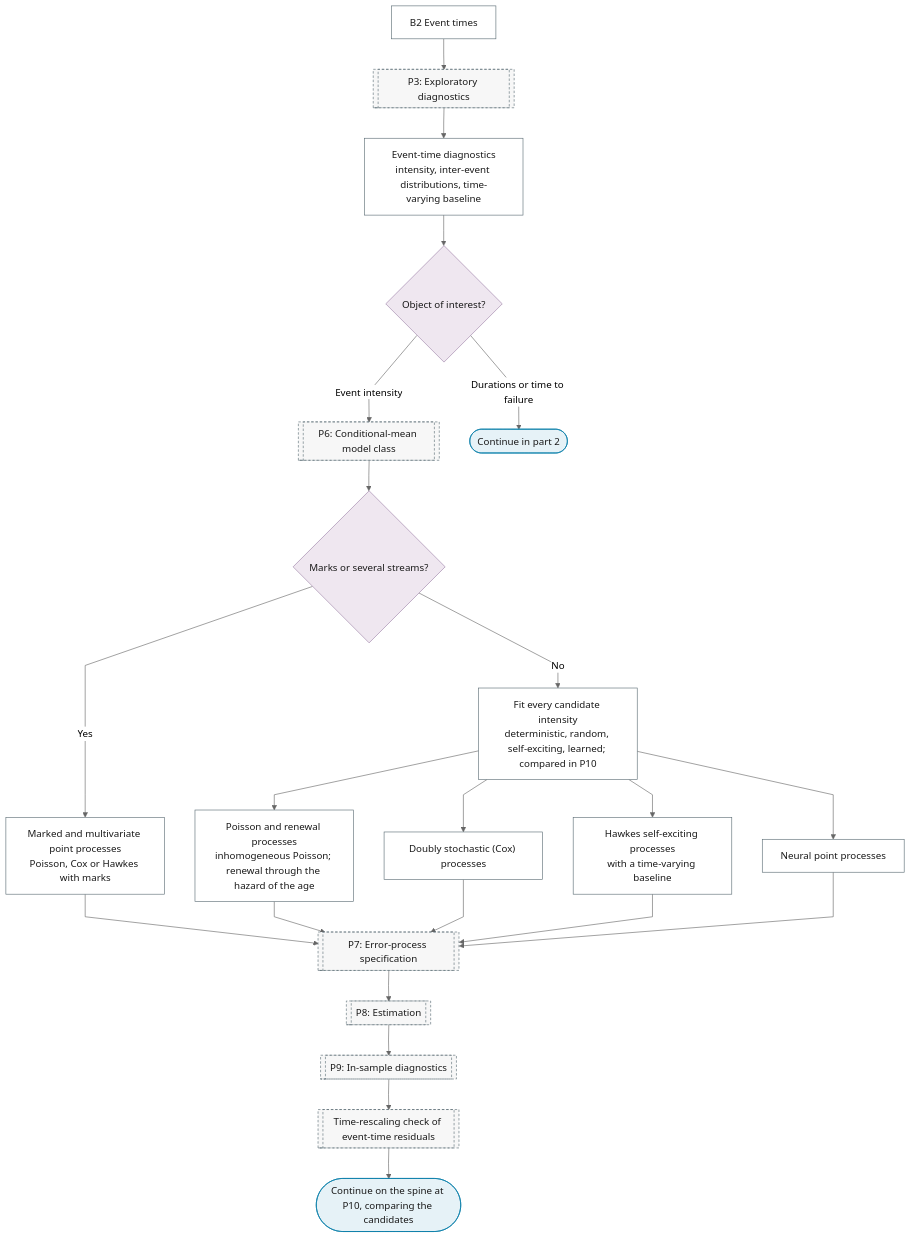
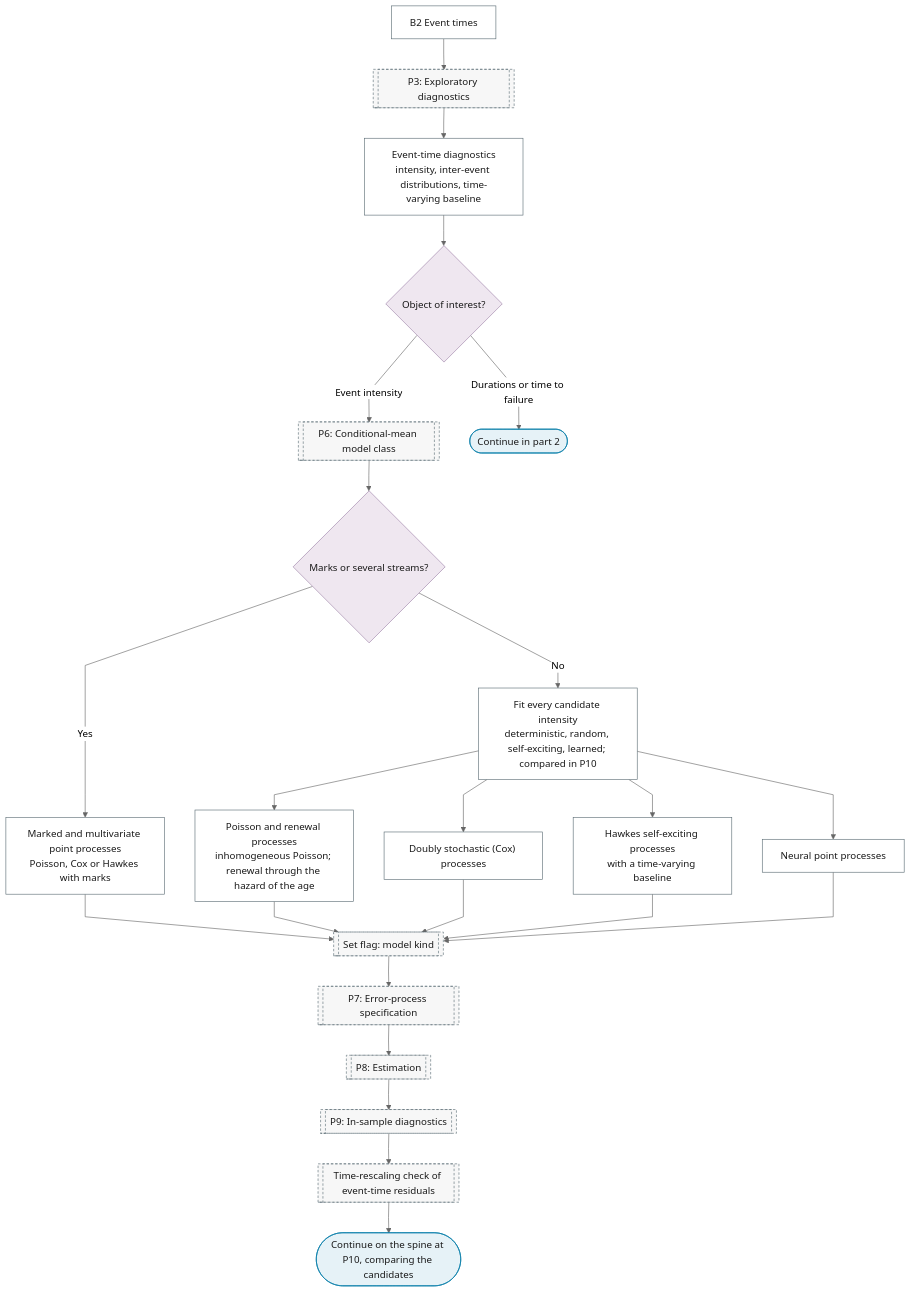
Before and after one commit to Shuxin-Y/time-series-analysis-manual: the first of 2 diagrams in docs/reference/17-point-processes/index.md, drawn with Mermaid (neutral theme). The commit also changed other lines of this file and 17 other files, not shown here.

First line of the commit message:
fix(charts): round-3 review fixes to seasonality, thresholds and branch flags

````diff
--- a/docs/reference/17-point-processes/index.md
+++ b/docs/reference/17-point-processes/index.md
@@ -9,33 +9,35 @@
 ```mermaid
 %%{init: {"flowchart": {"curve": "linear"}}}%%
 graph TD
     B2["B2 Event times"] --> P3[["P3: Exploratory diagnostics"]]
     P3 --> B2_EVENT_EDA["Event-time diagnostics<br/>intensity, inter-event distributions, time-varying baseline"]
     B2_EVENT_EDA --> B2_QUESTION{"Object of interest?"}
     B2_QUESTION -->|"Event intensity"| P6[["P6: Conditional-mean model class"]]
     B2_QUESTION -->|"Durations or time to failure"| B2_TO_PART_2(["Continue in part 2"])
     P6 --> B2_MARKS{"Marks or several streams?"}
     B2_MARKS -->|"Yes"| B2_MARKED["Marked and multivariate point processes<br/>Poisson, Cox or Hawkes with marks"]
     B2_MARKS -->|"No"| B2_FIT_ALL["Fit every candidate intensity<br/>deterministic, random, self-exciting, learned; compared in P10"]
     B2_FIT_ALL --> B2_POISSON["Poisson and renewal processes<br/>inhomogeneous Poisson; renewal through the hazard of the age"]
     B2_FIT_ALL --> B2_COX["Doubly stochastic (Cox) processes"]
     B2_FIT_ALL --> B2_HAWKES["Hawkes self-exciting processes<br/>with a time-varying baseline"]
     B2_FIT_ALL --> B2_NEURAL_PP["Neural point processes"]
-    B2_MARKED & B2_POISSON & B2_COX & B2_HAWKES & B2_NEURAL_PP --> P7[["P7: Error-process specification"]]
+    B2_MARKED & B2_POISSON & B2_COX & B2_HAWKES & B2_NEURAL_PP --> P6_KIND_FLAG[["Set flag: model kind"]]
+    P6_KIND_FLAG --> P7[["P7: Error-process specification"]]
+    class P6_KIND_FLAG ref
     P7 --> P8[["P8: Estimation"]]
     P8 --> P9[["P9: In-sample diagnostics"]]
     P9 --> P7_RESCALING[["Time-rescaling check of event-time residuals"]]
     P7_RESCALING --> B2_OUT(["Continue on the spine at P10, comparing the candidates"])
     class B2_TO_PART_2,B2_OUT terminator
     class B2_QUESTION,B2_MARKS decision
     class B2,B2_EVENT_EDA,B2_FIT_ALL,B2_MARKED,B2_POISSON,B2_COX,B2_HAWKES,B2_NEURAL_PP process
     class P3,P6,P7,P8,P9,P7_RESCALING ref
     classDef terminator fill:#E6F2F7,stroke:#007BA7,color:#1A1A1A;
     classDef process fill:#FFFFFF,stroke:#5A6B73,color:#1A1A1A;
     classDef decision fill:#EFE7F0,stroke:#9B7FA7,color:#1A1A1A;
     classDef data fill:#FFF4E0,stroke:#C9A55E,color:#1A1A1A;
     classDef good fill:#DCEFD8,stroke:#4A7A3F,color:#1A1A1A;
     classDef escalate fill:#FFE9C2,stroke:#C9A55E,color:#1A1A1A;
     classDef problem fill:#F2D9DE,stroke:#800020,color:#1A1A1A;
     classDef ref fill:#F7F7F7,stroke:#5A6B73,color:#1A1A1A,stroke-dasharray:4 3;
 ```
````
